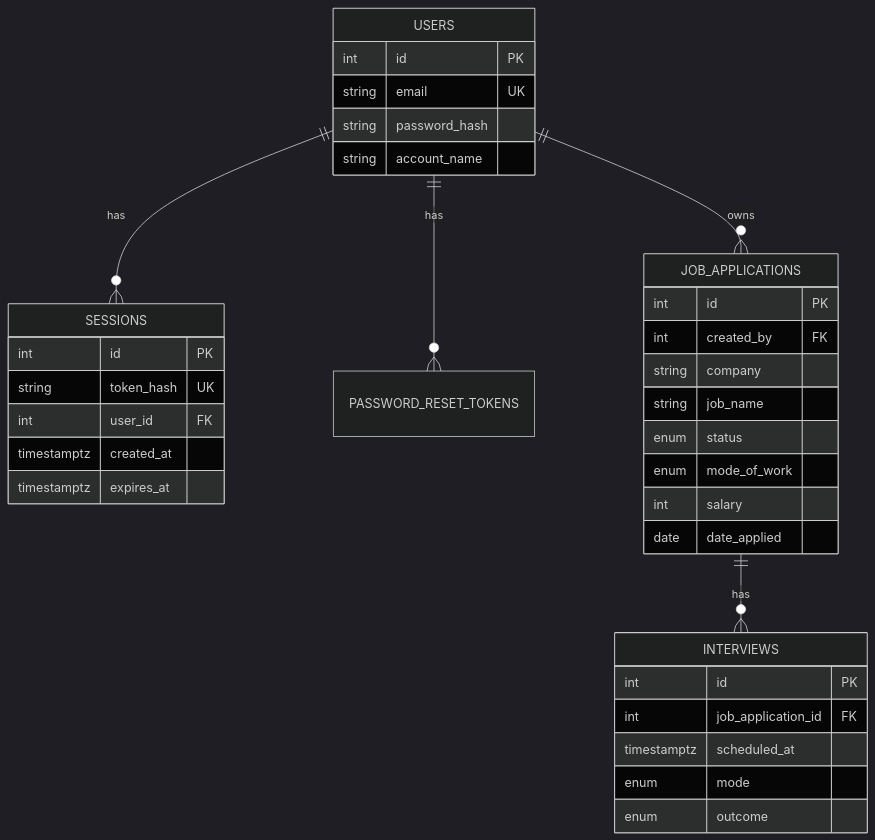
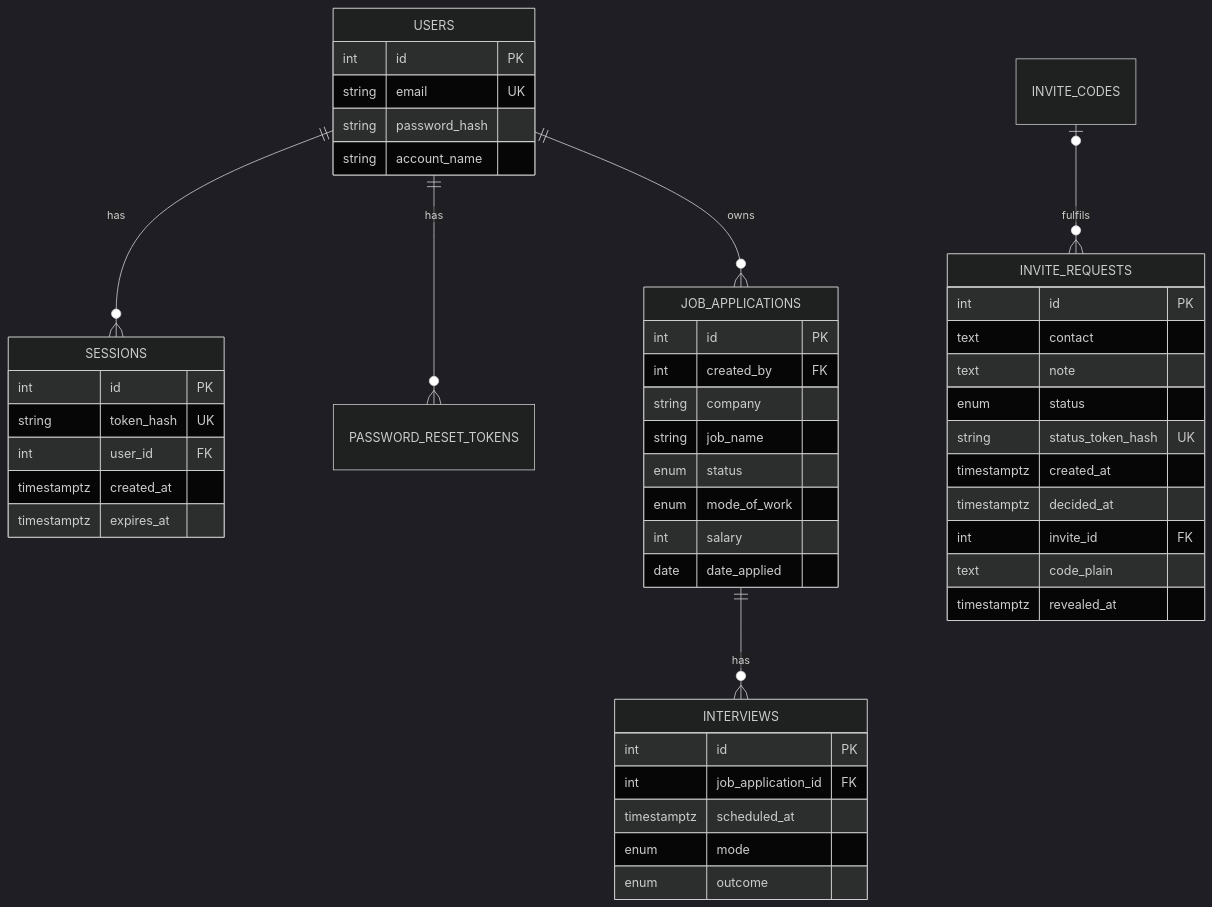
Before and after one commit to pcmnepomuceno/Talaan: the diagram in docs/ARCHITECTURE.md, drawn with Mermaid (dark theme). The commit also changed 2 other files, not shown here.

Commit message:
docs: list the invite-request settings, the page and the table
The five INVITE_REQUEST_* settings, the /request page with the admin
Requests section, and the invite_requests table were missing from the
places where the repo lists them.

Docs only, so there is no red failure.

````diff
--- a/docs/ARCHITECTURE.md
+++ b/docs/ARCHITECTURE.md
@@ -19,11 +19,13 @@
 ```mermaid
 erDiagram
     USERS ||--o{ SESSIONS : has
     USERS ||--o{ PASSWORD_RESET_TOKENS : has
     USERS ||--o{ JOB_APPLICATIONS : owns
     JOB_APPLICATIONS ||--o{ INTERVIEWS : has
+    INVITE_CODES |o--o{ INVITE_REQUESTS : fulfils
     USERS { int id PK string email UK string password_hash string account_name }
     SESSIONS { int id PK string token_hash UK int user_id FK timestamptz created_at timestamptz expires_at }
     JOB_APPLICATIONS { int id PK int created_by FK string company string job_name enum status enum mode_of_work int salary date date_applied }
     INTERVIEWS { int id PK int job_application_id FK timestamptz scheduled_at enum mode enum outcome }
+    INVITE_REQUESTS { int id PK text contact text note enum status string status_token_hash UK timestamptz created_at timestamptz decided_at int invite_id FK text code_plain timestamptz revealed_at }
 ```
````
